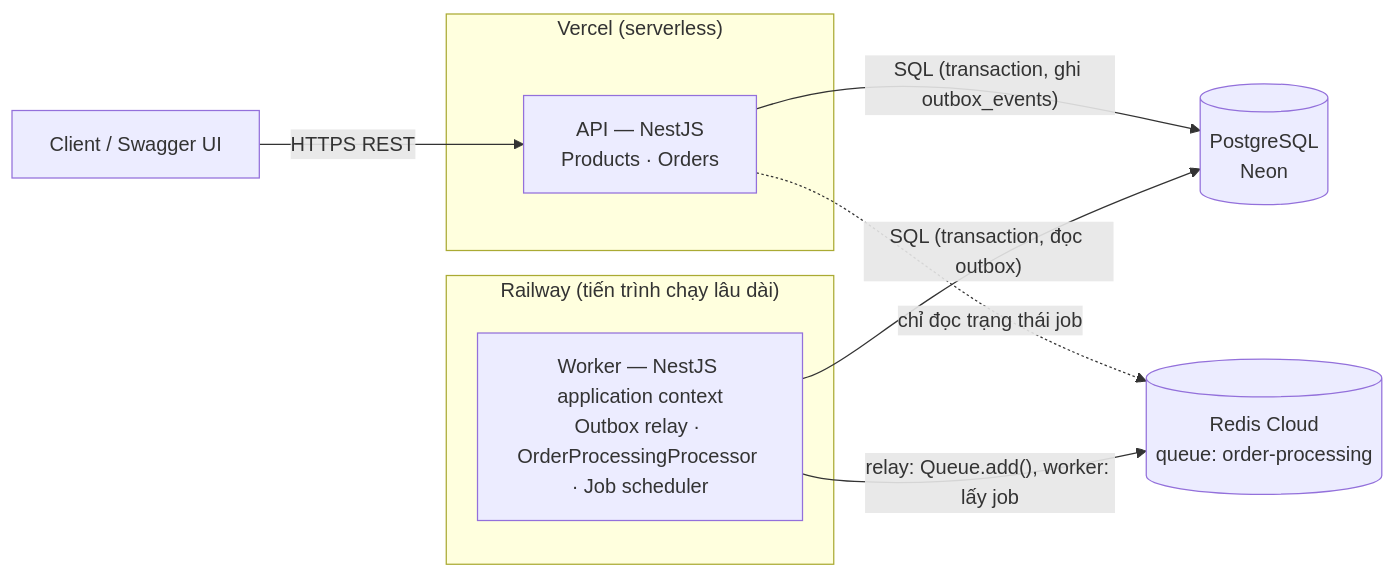
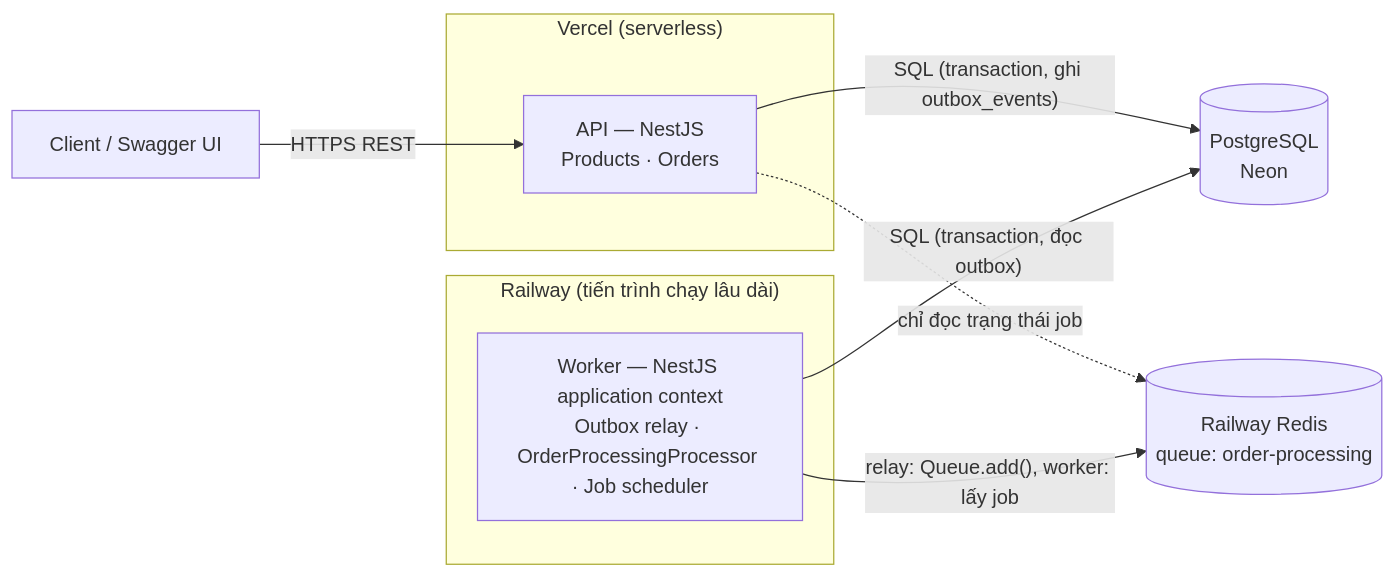
Before and after one commit to hcmus-phat/hemidi-test: the first of 3 diagrams in docs/02-architecture.md, drawn with Mermaid. The commit also changed other lines of this file and 5 other files, not shown here.

First line of the commit message:
docs: record the live deployment and the switch to Railway Redis

````diff
--- a/docs/02-architecture.md
+++ b/docs/02-architecture.md
@@ -5,17 +5,17 @@
 ```mermaid
 flowchart LR
   C["Client / Swagger UI"] -->|"HTTPS REST"| API
 
   subgraph VERCEL["Vercel (serverless)"]
     API["API — NestJS<br/>Products · Orders"]
   end
 
   subgraph RAILWAY["Railway (tiến trình chạy lâu dài)"]
     W["Worker — NestJS application context<br/>Outbox relay · OrderProcessingProcessor · Job scheduler"]
   end
 
   API -->|"SQL (transaction, ghi outbox_events)"| PG[("PostgreSQL<br/>Neon")]
-  API -.->|"chỉ đọc trạng thái job"| R[("Redis Cloud<br/>queue: order-processing")]
+  API -.->|"chỉ đọc trạng thái job"| R[("Railway Redis<br/>queue: order-processing")]
   W -->|"relay: Queue.add(), worker: lấy job"| R
   W -->|"SQL (transaction, đọc outbox)"| PG
 ```
````
